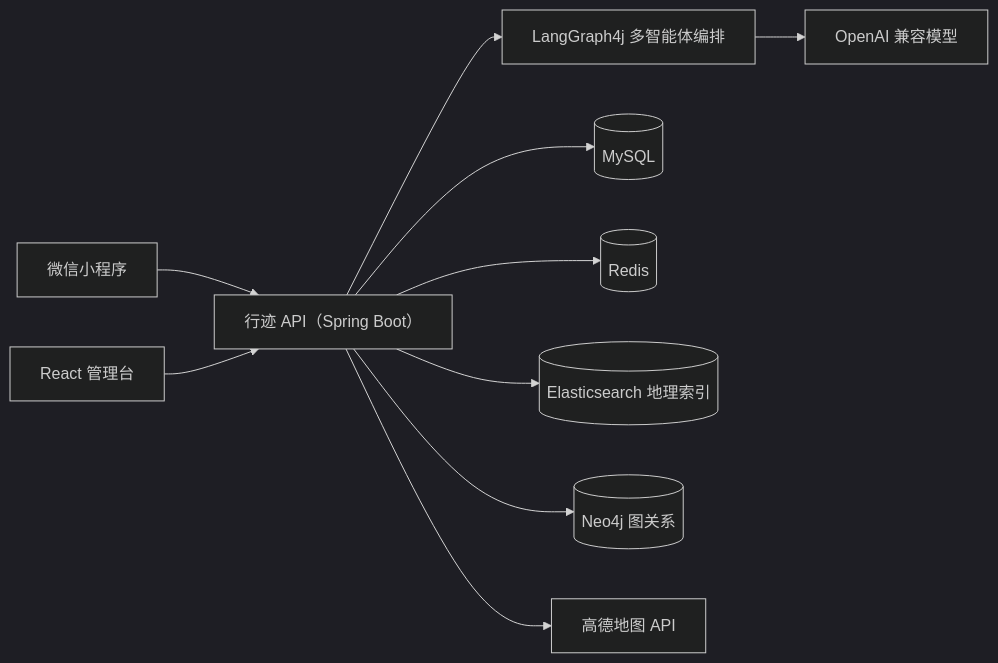
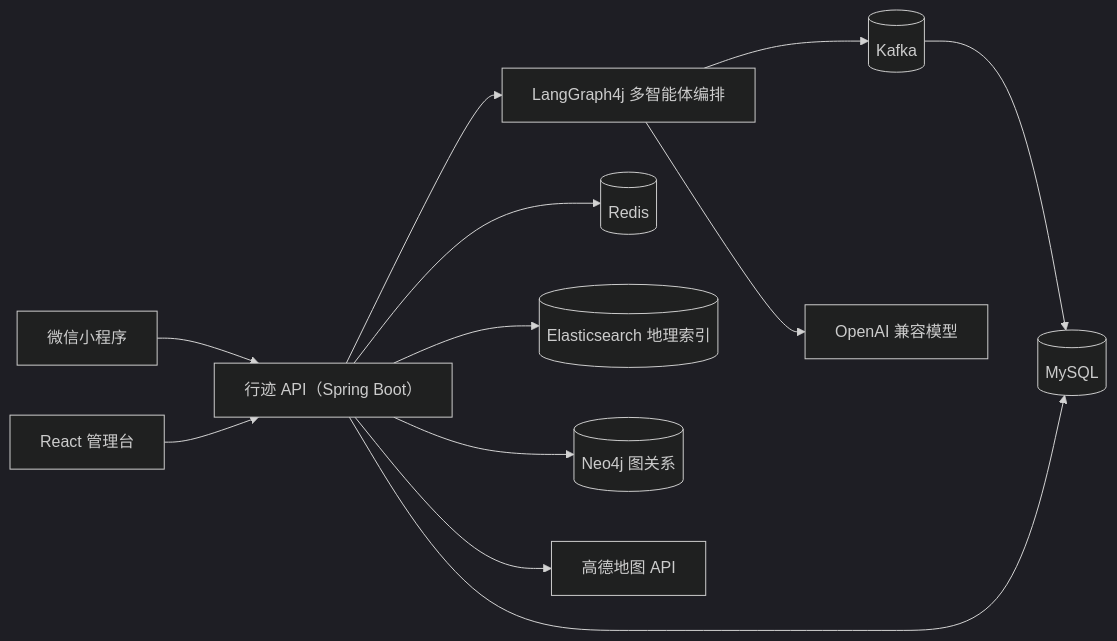
One commit to NDAKJin/travel-agent changed the first of 2 diagrams in README.md. Above: the diagram before and after it, drawn with Mermaid (dark theme). The commit also changed other lines of this file and 44 other files, not shown here.

````diff
--- a/README.md
+++ b/README.md
@@ -50,23 +52,26 @@
 ```mermaid
 flowchart LR
     mini["微信小程序"];
     admin["React 管理台"];
     api["行迹 API（Spring Boot）"];
     workflow["LangGraph4j 多智能体编排"];
     mysql[("MySQL")];
     redis[("Redis")];
+    kafka[("Kafka")];
     es[("Elasticsearch 地理索引")];
     neo4j[("Neo4j 图关系")];
     amap["高德地图 API"];
     model["OpenAI 兼容模型"];
 
     mini --> api;
     admin --> api;
     api --> workflow;
     workflow --> model;
+    workflow --> kafka;
+    kafka --> mysql;
     api --> mysql;
     api --> redis;
     api --> es;
     api --> neo4j;
     api --> amap;
 ```
````
